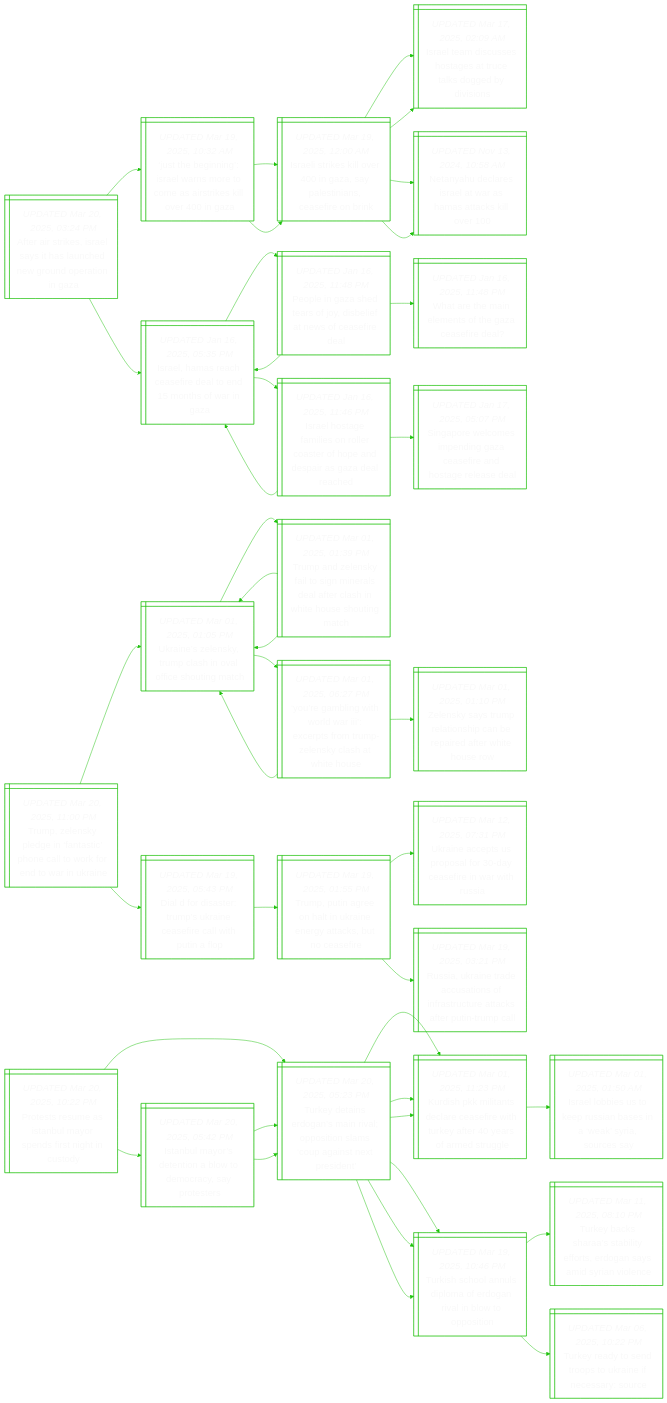
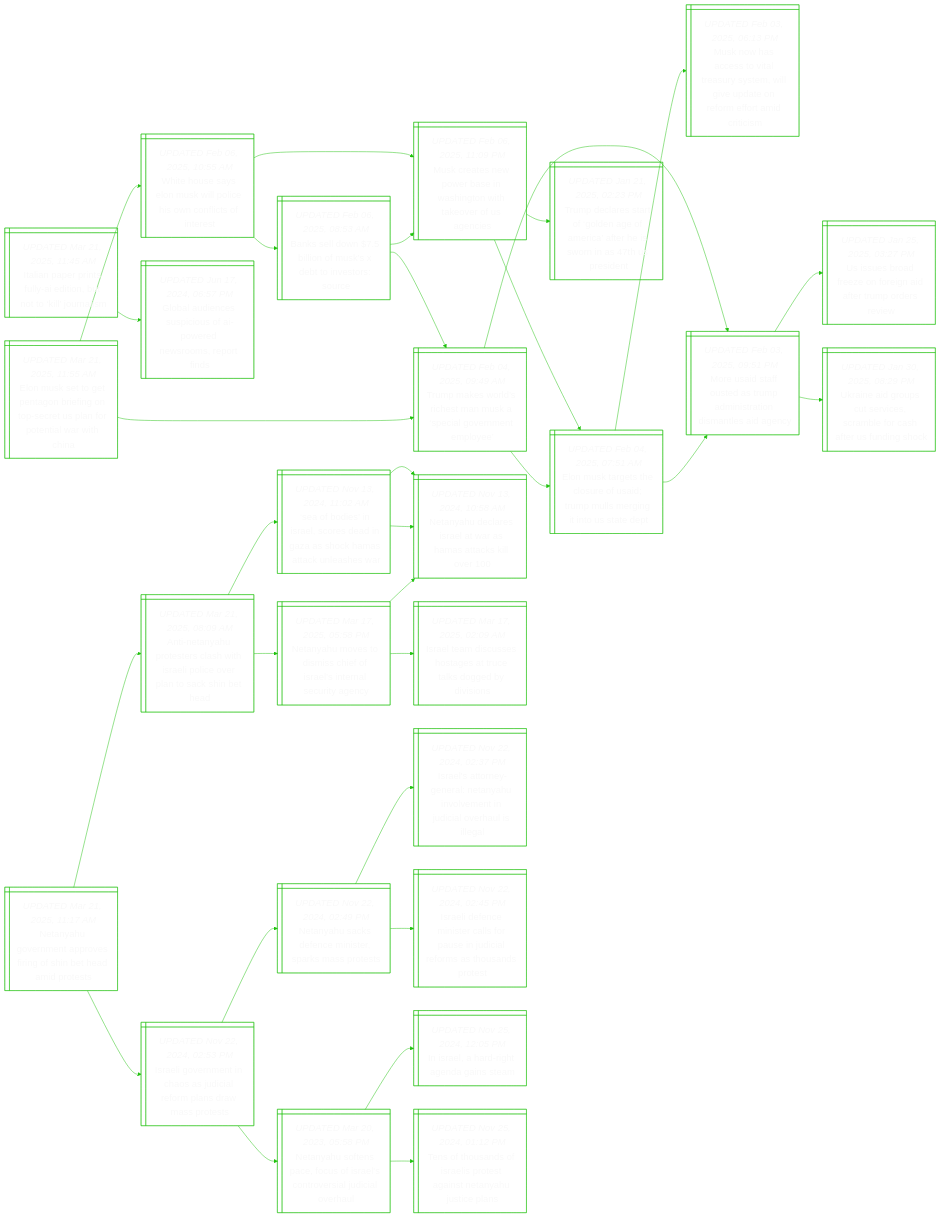
The diagram in README.md (notJmes/notJmes), drawn with Mermaid before and after one commit. The commit also changed other lines of this file, not shown here.

````diff
--- a/README.md
+++ b/README.md
@@ -16,130 +16,103 @@
 flowchart LR
 classDef txtsize font-size:20px;
 
-AarIlilhwnrnz@{ shape: win-pane, label: "_UPDATED Mar 20, 2025, 03:24 PM_
-After air strikes, israel says it has launched new ground operation in gaza" }
-Jhigenemiiiea@{ shape: win-pane, label: "_UPDATED Mar 19, 2025, 10:32 AM_
-‘just the beginning’: israel warns more to come as airstrikes kill over 400 in gaza" }
-Iliieaysaarr@{ shape: win-pane, label: "_UPDATED Mar 19, 2025, 12:00 AM_
-Israeli strikes kill over 400 in gaza, say palestinians, ceasefire on brink" }
+Euttarnorpoelii@{ shape: win-pane, label: "_UPDATED Mar 21, 2025, 11:55 AM_
+Elon musk set to get pentagon briefing on top-secret us plan for potential war with china" }
+Tmwsenaivepe@{ shape: win-pane, label: "_UPDATED Feb 04, 2025, 09:49 AM_
+Trump makes world’s richest man musk a ‘special government employee’" }
+EurtooimlgtUtt@{ shape: win-pane, label: "_UPDATED Feb 04, 2025, 07:51 AM_
+Elon musk targets the closure of usaid; trump mulls merging it into us state dept" }
+Moasteyelueffari@{ shape: win-pane, label: "_UPDATED Feb 03, 2025, 06:13 PM_
+Musk now has access to vital treasury system, will give update on reform effort amid criticism" }
+MStuamirnasg@{ shape: win-pane, label: "_UPDATED Feb 03, 2025, 09:51 PM_
+More usaid staff ousted as trump administration dismantles aid agency" }
+MStuamirnasg@{ shape: win-pane, label: "_UPDATED Feb 03, 2025, 09:51 PM_
+More usaid staff ousted as trump administration dismantles aid agency" }
+Uuoenidrpri@{ shape: win-pane, label: "_UPDATED Jan 25, 2025, 03:27 PM_
+Us issues broad freeze on foreign aid after trump orders review" }
+Ungseeafseugk@{ shape: win-pane, label: "_UPDATED Jan 30, 2025, 08:29 PM_
+Ukraine aid groups cut services, scramble for cash after us funding shock" }
+WHslslcontns@{ shape: win-pane, label: "_UPDATED Feb 06, 2025, 10:55 AM_
+White house says elon musk will police his own conflicts of interest" }
+Bsolokbnou@{ shape: win-pane, label: "_UPDATED Feb 06, 2025, 08:53 AM_
+Banks sell down $7.5 billion of musk’s x debt to investors: source" }
+MrsoaWnwaeSc@{ shape: win-pane, label: "_UPDATED Feb 06, 2025, 11:09 PM_
+Musk creates new power base in washington with takeover of us agencies" }
+Tmwsenaivepe@{ shape: win-pane, label: "_UPDATED Feb 04, 2025, 09:49 AM_
+Trump makes world’s richest man musk a ‘special government employee’" }
+MrsoaWnwaeSc@{ shape: win-pane, label: "_UPDATED Feb 06, 2025, 11:09 PM_
+Musk creates new power base in washington with takeover of us agencies" }
+TdragnfitirsPd@{ shape: win-pane, label: "_UPDATED Jan 21, 2025, 02:23 PM_
+Trump declares start of ‘golden age of america’ after he is sworn in as 47th us president" }
+EurtooimlgtUtt@{ shape: win-pane, label: "_UPDATED Feb 04, 2025, 07:51 AM_
+Elon musk targets the closure of usaid; trump mulls merging it into us state dept" }
+
+Euttarnorpoelii:::txtsize --> Tmwsenaivepe:::txtsize
+Tmwsenaivepe:::txtsize --> EurtooimlgtUtt:::txtsize
+EurtooimlgtUtt:::txtsize --> Moasteyelueffari:::txtsize
+EurtooimlgtUtt:::txtsize --> MStuamirnasg:::txtsize
+Tmwsenaivepe:::txtsize --> MStuamirnasg:::txtsize
+MStuamirnasg:::txtsize --> Uuoenidrpri:::txtsize
+MStuamirnasg:::txtsize --> Ungseeafseugk:::txtsize
+Euttarnorpoelii:::txtsize --> WHslslcontns:::txtsize
+WHslslcontns:::txtsize --> Bsolokbnou:::txtsize
+Bsolokbnou:::txtsize --> MrsoaWnwaeSc:::txtsize
+Bsolokbnou:::txtsize --> Tmwsenaivepe:::txtsize
+WHslslcontns:::txtsize --> MrsoaWnwaeSc:::txtsize
+MrsoaWnwaeSc:::txtsize --> TdragnfitirsPd:::txtsize
+MrsoaWnwaeSc:::txtsize --> EurtooimlgtUtt:::txtsize
+
+Iaenleonkol@{ shape: win-pane, label: "_UPDATED Mar 21, 2025, 11:45 AM_
+Italian paper prints fully-ai edition, but not to ‘kill’ journalism" }
+Glescoodrrts@{ shape: win-pane, label: "_UPDATED Jun 17, 2024, 06:57 PM_
+Global audiences suspicious of ai-powered newsrooms, report finds" }
+
+Iaenleonkol:::txtsize --> Glescoodrrts:::txtsize
+
+NyompeiSedps@{ shape: win-pane, label: "_UPDATED Mar 21, 2025, 11:17 AM_
+Netanyahu government approves firing of shin bet head amid protests" }
+Aeaoeataoolsht@{ shape: win-pane, label: "_UPDATED Mar 21, 2025, 08:09 AM_
+Anti-netanyahu protesters clash with israeli police over plan to sack shin bet head" }
+NyooiiIlesie@{ shape: win-pane, label: "_UPDATED Mar 17, 2025, 05:58 PM_
+Netanyahu moves to dismiss chief of israel’s internal security agency" }
+NyeeawHakl@{ shape: win-pane, label: "_UPDATED Nov 13, 2024, 10:58 AM_
+Netanyahu declares israel at war as hamas attacks kill over 100" }
 Ildsoeraobis@{ shape: win-pane, label: "_UPDATED Mar 17, 2025, 02:09 AM_
 Israel team discusses hostages at truce talks dogged by divisions" }
+Sbsrcdnacaale@{ shape: win-pane, label: "_UPDATED Nov 13, 2024, 11:02 AM_
+‘sea of bodies’ in israel, scores dead in gaza as shock hamas attack unleashes war" }
 NyeeawHakl@{ shape: win-pane, label: "_UPDATED Nov 13, 2024, 10:58 AM_
 Netanyahu declares israel at war as hamas attacks kill over 100" }
-Iliieaysaarr@{ shape: win-pane, label: "_UPDATED Mar 19, 2025, 12:00 AM_
-Israeli strikes kill over 400 in gaza, say palestinians, ceasefire on brink" }
-Ildsoeraobis@{ shape: win-pane, label: "_UPDATED Mar 17, 2025, 02:09 AM_
-Israel team discusses hostages at truce talks dogged by divisions" }
 NyeeawHakl@{ shape: win-pane, label: "_UPDATED Nov 13, 2024, 10:58 AM_
 Netanyahu declares israel at war as hamas attacks kill over 100" }
-Ilshedoooia@{ shape: win-pane, label: "_UPDATED Jan 16, 2025, 05:35 PM_
-Israel, hamas reach ceasefire deal to end 15 months of war in gaza" }
-Pezdsyeasarl@{ shape: win-pane, label: "_UPDATED Jan 16, 2025, 11:48 PM_
-People in gaza shed tears of joy, disbelief at news of ceasefire deal" }
-Ilshedoooia@{ shape: win-pane, label: "_UPDATED Jan 16, 2025, 05:35 PM_
-Israel, hamas reach ceasefire deal to end 15 months of war in gaza" }
-Wrmlthaed@{ shape: win-pane, label: "_UPDATED Jan 16, 2025, 11:48 PM_
-What are the main elements of the gaza ceasefire deal?" }
-Ilamslorpdiaac@{ shape: win-pane, label: "_UPDATED Jan 16, 2025, 11:46 PM_
-Israel hostage families on roller coaster of hope and despair as gaza deal reached" }
-Ilshedoooia@{ shape: win-pane, label: "_UPDATED Jan 16, 2025, 05:35 PM_
-Israel, hamas reach ceasefire deal to end 15 months of war in gaza" }
-Speeegcfntee@{ shape: win-pane, label: "_UPDATED Jan 17, 2025, 05:07 PM_
-Singapore welcomes impending gaza ceasefire and hostage release deal" }
+Ilenhscepdaos@{ shape: win-pane, label: "_UPDATED Nov 22, 2024, 02:53 PM_
+Israeli government in chaos as judicial reform plans draw mass protests" }
+Nyaeespmrt@{ shape: win-pane, label: "_UPDATED Nov 22, 2024, 02:49 PM_
+Netanyahu sacks defence minister, sparks mass protests" }
+IloGaaulnuarie@{ shape: win-pane, label: "_UPDATED Nov 22, 2024, 02:37 PM_
+Israel's attorney-general: netanyahu involvement in judicial overhaul is illegal" }
+Ileielpiirmhno@{ shape: win-pane, label: "_UPDATED Nov 22, 2024, 02:45 PM_
+Israeli defence minister calls for pause in judicial reforms as thousands protest" }
+Nyosfoaovaioa@{ shape: win-pane, label: "_UPDATED Mar 20, 2023, 05:58 PM_
+Netanyahu softens pace, focus of israel's controversial judicial overhaul" }
+Iaageat@{ shape: win-pane, label: "_UPDATED Nov 25, 2024, 12:05 PM_
+In israel, a hard-right agenda gains steam" }
+Tfsoapsieasp@{ shape: win-pane, label: "_UPDATED Nov 25, 2024, 01:12 PM_
+Tens of thousands of israelis protest against netanyahu justice plans" }
 
-AarIlilhwnrnz:::txtsize --> Jhigenemiiiea:::txtsize
-Jhigenemiiiea:::txtsize --> Iliieaysaarr:::txtsize
-Iliieaysaarr:::txtsize --> Ildsoeraobis:::txtsize
-Iliieaysaarr:::txtsize --> NyeeawHakl:::txtsize
-Jhigenemiiiea:::txtsize --> Iliieaysaarr:::txtsize
-Iliieaysaarr:::txtsize --> Ildsoeraobis:::txtsize
-Iliieaysaarr:::txtsize --> NyeeawHakl:::txtsize
-AarIlilhwnrnz:::txtsize --> Ilshedoooia:::txtsize
-Ilshedoooia:::txtsize --> Pezdsyeasarl:::txtsize
-Pezdsyeasarl:::txtsize --> Ilshedoooia:::txtsize
-Pezdsyeasarl:::txtsize --> Wrmlthaed:::txtsize
-Ilshedoooia:::txtsize --> Ilamslorpdiaac:::txtsize
-Ilamslorpdiaac:::txtsize --> Ilshedoooia:::txtsize
-Ilamslorpdiaac:::txtsize --> Speeegcfntee:::txtsize
-
-TZsenapcofdrr@{ shape: win-pane, label: "_UPDATED Mar 20, 2025, 11:00 PM_
-Trump, zelensky pledge in ‘fantastic’ phone call to work for end to war in ukraine" }
-Unlyphaiogh@{ shape: win-pane, label: "_UPDATED Mar 01, 2025, 01:05 PM_
-Ukraine’s zelensky, trump clash in oval office shouting match" }
-TalytnretaWHsit@{ shape: win-pane, label: "_UPDATED Mar 01, 2025, 01:39 PM_
-Trump and zelensky fail to sign minerals deal after clash in white house shouting match" }
-Unlyphaiogh@{ shape: win-pane, label: "_UPDATED Mar 01, 2025, 01:05 PM_
-Ukraine’s zelensky, trump clash in oval office shouting match" }
-Unlyphaiogh@{ shape: win-pane, label: "_UPDATED Mar 01, 2025, 01:05 PM_
-Ukraine’s zelensky, trump clash in oval office shouting match" }
-YgitlIcsTZsaWH@{ shape: win-pane, label: "_UPDATED Mar 01, 2025, 06:27 PM_
-‘you’re gambling with world war iii’: excerpts from trump-zelensky clash at white house" }
-Unlyphaiogh@{ shape: win-pane, label: "_UPDATED Mar 01, 2025, 01:05 PM_
-Ukraine’s zelensky, trump clash in oval office shouting match" }
-Zsymasaeeets@{ shape: win-pane, label: "_UPDATED Mar 01, 2025, 01:10 PM_
-Zelensky says trump relationship can be repaired after white house row" }
-Dfsrpaeilhnp@{ shape: win-pane, label: "_UPDATED Mar 19, 2025, 05:43 PM_
-Dial d for disaster: trump’s ukraine ceasefire call with putin a flop" }
-TPaotreyctar@{ shape: win-pane, label: "_UPDATED Mar 19, 2025, 01:55 PM_
-Trump, putin agree on halt in ukraine energy attacks, but no ceasefire" }
-UneSoocfnis@{ shape: win-pane, label: "_UPDATED Mar 12, 2025, 07:31 PM_
-Ukraine accepts us proposal for 30-day ceasefire in war with russia" }
-Raiacifacakeiml@{ shape: win-pane, label: "_UPDATED Mar 19, 2025, 03:21 PM_
-Russia, ukraine trade accusations of infrastructure attacks after putin-trump call" }
-
-TZsenapcofdrr:::txtsize --> Unlyphaiogh:::txtsize
-Unlyphaiogh:::txtsize --> TalytnretaWHsit:::txtsize
-TalytnretaWHsit:::txtsize --> Unlyphaiogh:::txtsize
-TalytnretaWHsit:::txtsize --> Unlyphaiogh:::txtsize
-Unlyphaiogh:::txtsize --> YgitlIcsTZsaWH:::txtsize
-YgitlIcsTZsaWH:::txtsize --> Unlyphaiogh:::txtsize
-YgitlIcsTZsaWH:::txtsize --> Zsymasaeeets:::txtsize
-TZsenapcofdrr:::txtsize --> Dfsrpaeilhnp:::txtsize
-Dfsrpaeilhnp:::txtsize --> TPaotreyctar:::txtsize
-TPaotreyctar:::txtsize --> UneSoocfnis:::txtsize
-TPaotreyctar:::txtsize --> Raiacifacakeiml:::txtsize
-
-Psssnapfnit@{ shape: win-pane, label: "_UPDATED Mar 20, 2025, 10:22 PM_
-Protests resume as istanbul mayor spends first night in custody" }
-Tyidsroiscgtpd@{ shape: win-pane, label: "_UPDATED Mar 20, 2025, 05:23 PM_
-Turkey detains erdogan’s main rival; opposition slams ‘coup against next president’" }
-Ksmaeeewuayoeu@{ shape: win-pane, label: "_UPDATED Mar 01, 2025, 11:23 PM_
-Kurdish pkk militants declare ceasefire with turkey after 40 years of armed struggle" }
-IlitpisaSse@{ shape: win-pane, label: "_UPDATED Mar 01, 2025, 01:50 AM_
-Israel lobbies us to keep russian bases in a ‘weak’ syria, sources say" }
-Tsoniadriwpi@{ shape: win-pane, label: "_UPDATED Mar 19, 2025, 10:46 PM_
-Turkish school annuls diploma of erdogan rival in blow to opposition" }
-Tysaatornayvn@{ shape: win-pane, label: "_UPDATED Mar 11, 2025, 08:10 PM_
-Turkey backs sharaa’s stability efforts, erdogan says amid syrian violence" }
-TyynoUneau@{ shape: win-pane, label: "_UPDATED Mar 06, 2025, 10:22 PM_
-Turkey ready to send troops to ukraine if necessary: source" }
-Ibyeildratr@{ shape: win-pane, label: "_UPDATED Mar 20, 2025, 05:42 PM_
-Istanbul mayor’s detention a blow to democracy, say protesters" }
-Tyidsroiscgtpd@{ shape: win-pane, label: "_UPDATED Mar 20, 2025, 05:23 PM_
-Turkey detains erdogan’s main rival; opposition slams ‘coup against next president’" }
-Ksmaeeewuayoeu@{ shape: win-pane, label: "_UPDATED Mar 01, 2025, 11:23 PM_
-Kurdish pkk militants declare ceasefire with turkey after 40 years of armed struggle" }
-Tsoniadriwpi@{ shape: win-pane, label: "_UPDATED Mar 19, 2025, 10:46 PM_
-Turkish school annuls diploma of erdogan rival in blow to opposition" }
-Tyidsroiscgtpd@{ shape: win-pane, label: "_UPDATED Mar 20, 2025, 05:23 PM_
-Turkey detains erdogan’s main rival; opposition slams ‘coup against next president’" }
-Ksmaeeewuayoeu@{ shape: win-pane, label: "_UPDATED Mar 01, 2025, 11:23 PM_
-Kurdish pkk militants declare ceasefire with turkey after 40 years of armed struggle" }
-Tsoniadriwpi@{ shape: win-pane, label: "_UPDATED Mar 19, 2025, 10:46 PM_
-Turkish school annuls diploma of erdogan rival in blow to opposition" }
-
-Psssnapfnit:::txtsize --> Tyidsroiscgtpd:::txtsize
-Tyidsroiscgtpd:::txtsize --> Ksmaeeewuayoeu:::txtsize
-Ksmaeeewuayoeu:::txtsize --> IlitpisaSse:::txtsize
-Tyidsroiscgtpd:::txtsize --> Tsoniadriwpi:::txtsize
-Tsoniadriwpi:::txtsize --> Tysaatornayvn:::txtsize
-Tsoniadriwpi:::txtsize --> TyynoUneau:::txtsize
-Psssnapfnit:::txtsize --> Ibyeildratr:::txtsize
-Ibyeildratr:::txtsize --> Tyidsroiscgtpd:::txtsize
-Tyidsroiscgtpd:::txtsize --> Ksmaeeewuayoeu:::txtsize
-Tyidsroiscgtpd:::txtsize --> Tsoniadriwpi:::txtsize
-Ibyeildratr:::txtsize --> Tyidsroiscgtpd:::txtsize
-Tyidsroiscgtpd:::txtsize --> Ksmaeeewuayoeu:::txtsize
-Tyidsroiscgtpd:::txtsize --> Tsoniadriwpi:::txtsize
+NyompeiSedps:::txtsize --> Aeaoeataoolsht:::txtsize
+Aeaoeataoolsht:::txtsize --> NyooiiIlesie:::txtsize
+NyooiiIlesie:::txtsize --> NyeeawHakl:::txtsize
+NyooiiIlesie:::txtsize --> Ildsoeraobis:::txtsize
+Aeaoeataoolsht:::txtsize --> Sbsrcdnacaale:::txtsize
+Sbsrcdnacaale:::txtsize --> NyeeawHakl:::txtsize
+Sbsrcdnacaale:::txtsize --> NyeeawHakl:::txtsize
+NyompeiSedps:::txtsize --> Ilenhscepdaos:::txtsize
+Ilenhscepdaos:::txtsize --> Nyaeespmrt:::txtsize
+Nyaeespmrt:::txtsize --> IloGaaulnuarie:::txtsize
+Nyaeespmrt:::txtsize --> Ileielpiirmhno:::txtsize
+Ilenhscepdaos:::txtsize --> Nyosfoaovaioa:::txtsize
+Nyosfoaovaioa:::txtsize --> Iaageat:::txtsize
+Nyosfoaovaioa:::txtsize --> Tfsoapsieasp:::txtsize
 
 ```
````
